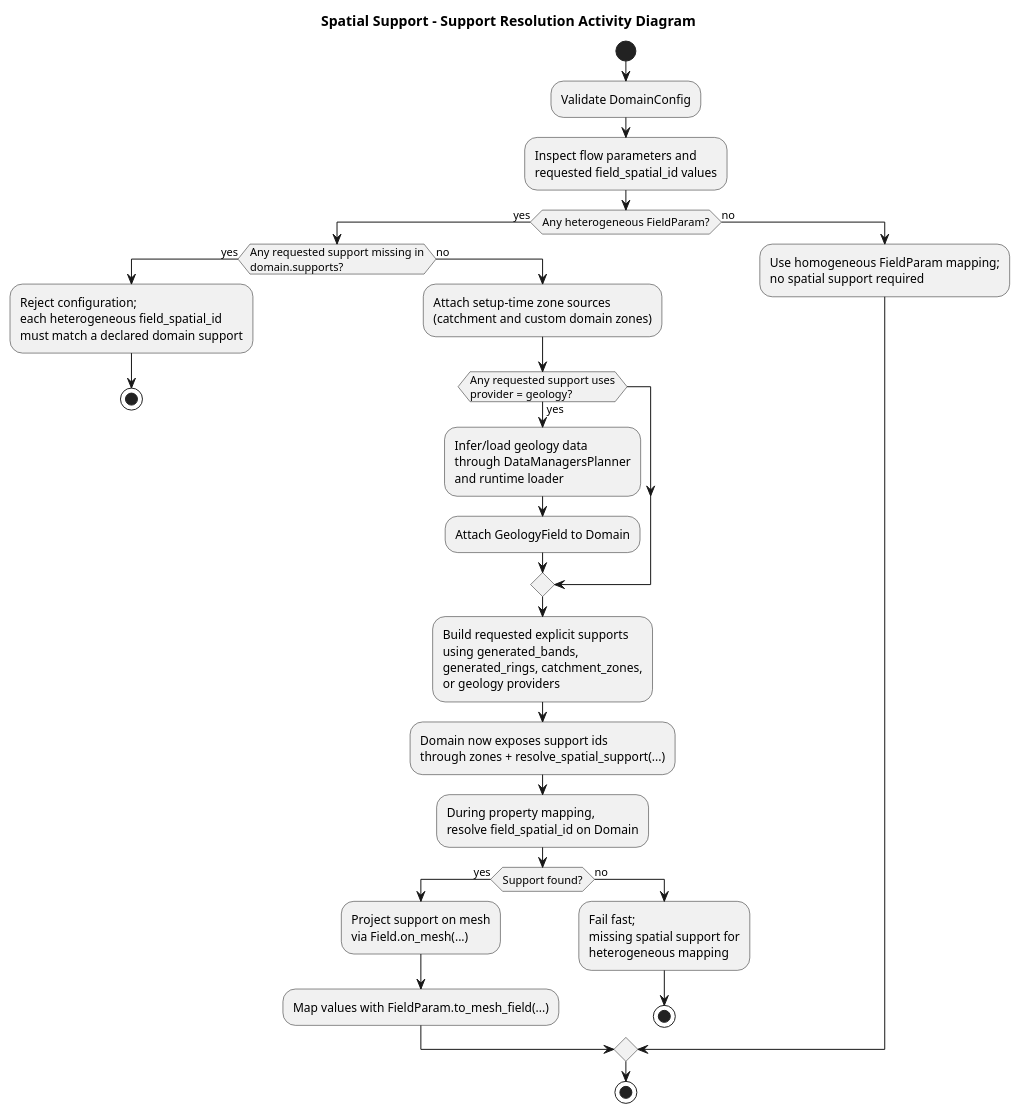
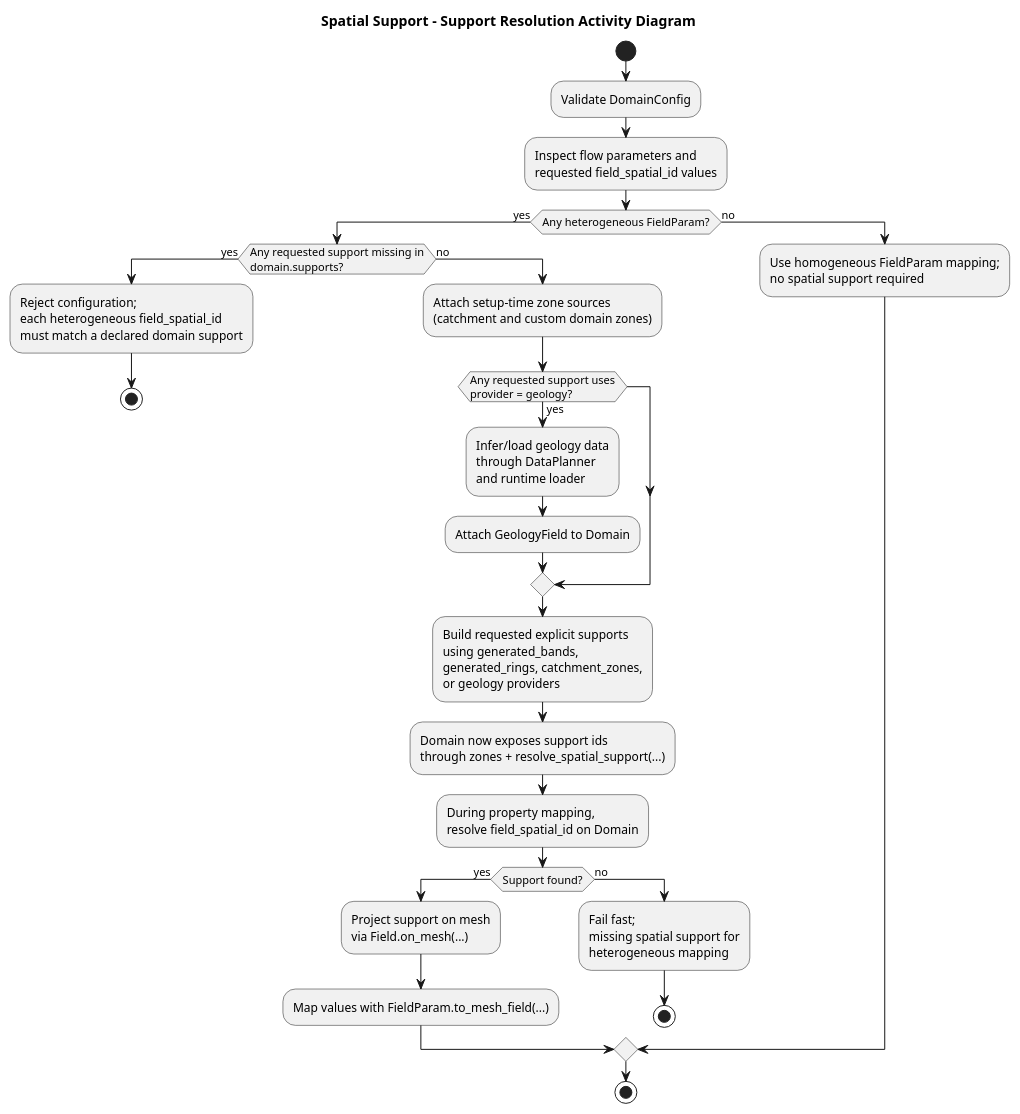
One commit to HydroModPy/HydroModPy changed the diagram in docs/source/architecture/spatial_support/diagrams/spatial_support_resolution_activity.wsd. Above: the diagram before and after it, drawn with PlantUML. The commit also changed 7 other files, not shown here.

Commit message:
[docs] - clean architecture pipeline ghost and DataManagersPlanner references

```diff
--- a/docs/source/architecture/spatial_support/diagrams/spatial_support_resolution_activity.wsd
+++ b/docs/source/architecture/spatial_support/diagrams/spatial_support_resolution_activity.wsd
@@ -1,38 +1,38 @@
 @startuml
 title Spatial Support - Support Resolution Activity Diagram
 
 start
 
 :Validate DomainConfig;
 :Inspect flow parameters and\nrequested field_spatial_id values;
 
 if (Any heterogeneous FieldParam?) then (yes)
   if (Any requested support missing in\ndomain.supports?) then (yes)
     :Reject configuration;\neach heterogeneous field_spatial_id\nmust match a declared domain support;
     stop
   else (no)
     :Attach setup-time zone sources\n(catchment and custom domain zones);
 
     if (Any requested support uses\nprovider = geology?) then (yes)
-      :Infer/load geology data\nthrough DataManagersPlanner\nand runtime loader;
+      :Infer/load geology data\nthrough DataPlanner\nand runtime loader;
       :Attach GeologyField to Domain;
     endif
 
     :Build requested explicit supports\nusing generated_bands,\ngenerated_rings, catchment_zones,\nor geology providers;
     :Domain now exposes support ids\nthrough zones + resolve_spatial_support(...);
     :During property mapping,\nresolve field_spatial_id on Domain;
 
     if (Support found?) then (yes)
       :Project support on mesh\nvia Field.on_mesh(...);
       :Map values with FieldParam.to_mesh_field(...);
     else (no)
       :Fail fast;\nmissing spatial support for\nheterogeneous mapping;
       stop
     endif
   endif
 else (no)
   :Use homogeneous FieldParam mapping;\nno spatial support required;
 endif
 
 stop
 @enduml
```
